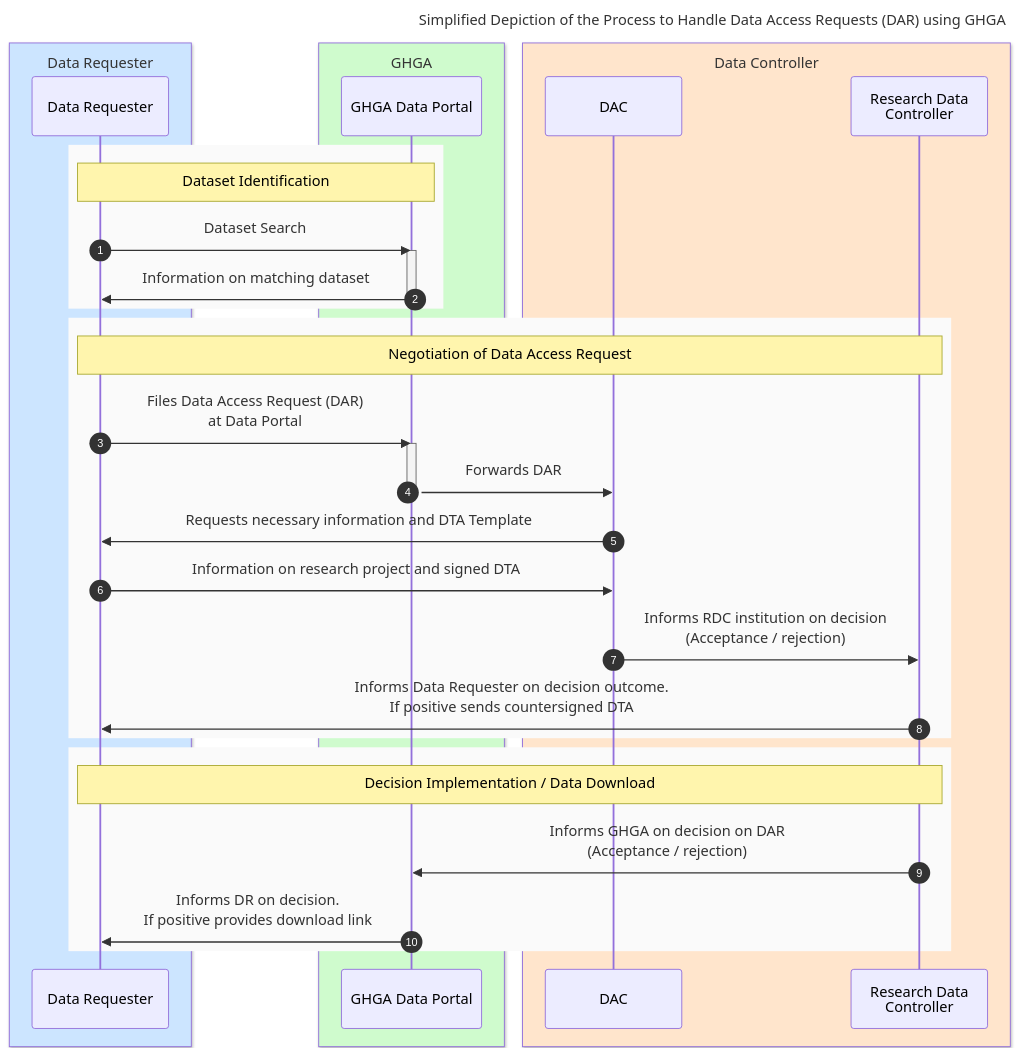
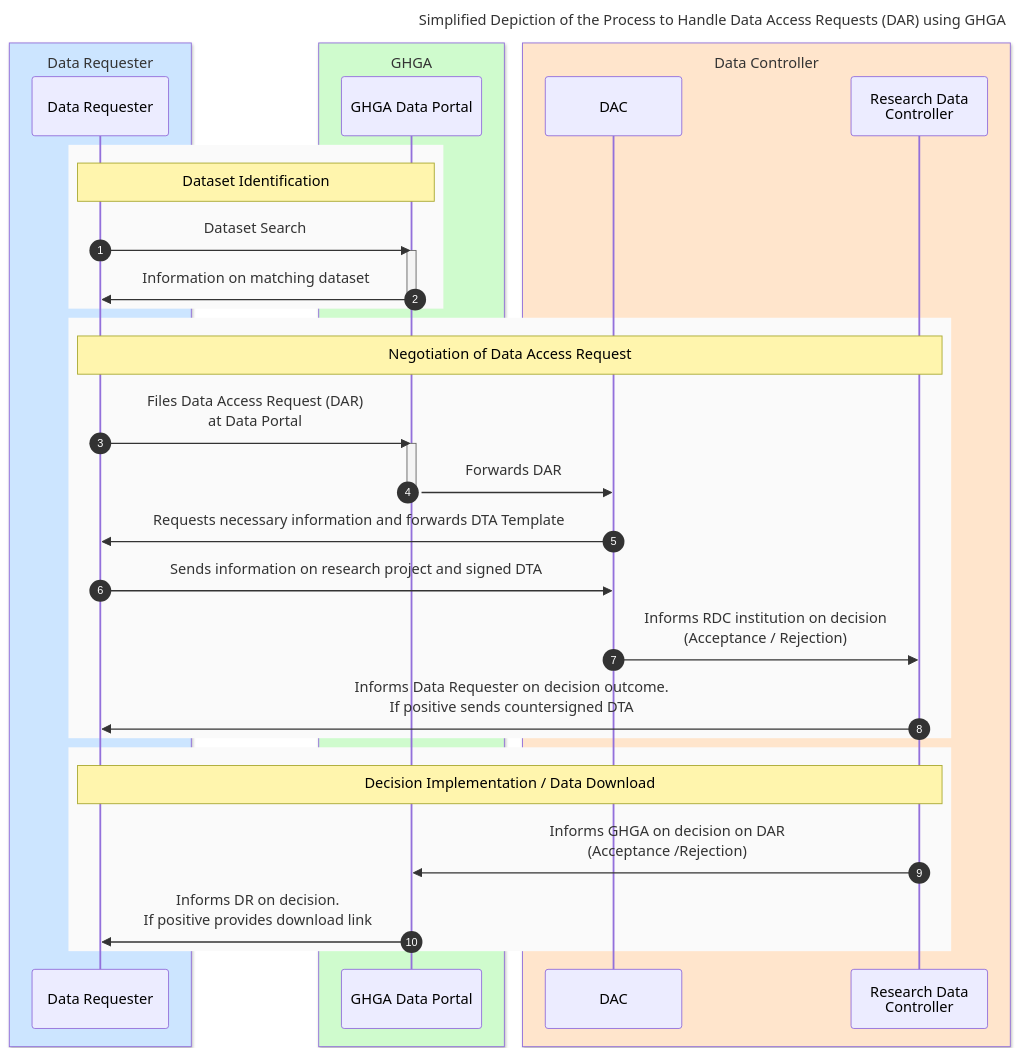
The diagram in user_docs/user_stories/dua-guideline.md (ghga-de/docs.ghga.de), drawn with Mermaid before and after one commit. The commit also changed other lines of this file and 1 other file, not shown here.

````diff
--- a/user_docs/user_stories/dua-guideline.md
+++ b/user_docs/user_stories/dua-guideline.md
@@ -23,38 +23,38 @@
 ``` mermaid
 sequenceDiagram
  title Simplified Depiction of the Process to Handle Data Access Requests (DAR) using GHGA
    box rgb(204, 229, 255) Data Requester
       participant DR as Data Requester
    end
    box rgb(207, 251, 205) GHGA
       participant GHGA as GHGA Data Portal
    end
    box rgb(255, 229, 204) Data Controller
       participant DAC
       participant RDC as Research Data<br/>Controller
    end
    autonumber
    rect rgb(250, 250, 250)
    note over DR, GHGA: Dataset Identification
    DR ->> GHGA : Dataset Search
    activate GHGA
    GHGA ->> DR : Information on matching dataset
    deactivate GHGA
    end
    rect rgb(250, 250, 250)
    note over DR, RDC: Negotiation of Data Access Request
    DR ->> GHGA : Files Data Access Request (DAR) <br/> at Data Portal
    activate GHGA
    GHGA ->> DAC : Forwards DAR
    deactivate GHGA
-   DAC ->> DR : Requests necessary information and DTA Template
-   DR ->> DAC : Information on research project and signed DTA
-   DAC ->> RDC : Informs RDC institution on decision <br/>(Acceptance / rejection)
+   DAC ->> DR : Requests necessary information and forwards DTA Template
+   DR ->> DAC : Sends information on research project and signed DTA
+   DAC ->> RDC : Informs RDC institution on decision <br/>(Acceptance / Rejection)
    RDC ->> DR : Informs Data Requester on decision outcome. <br/>If positive sends countersigned DTA
    end
    rect rgb(250, 250, 250)
    note over DR, RDC: Decision Implementation / Data Download
-   RDC ->> GHGA : Informs GHGA on decision on  DAR<br/> (Acceptance / rejection)
+   RDC ->> GHGA : Informs GHGA on decision on  DAR<br/> (Acceptance /Rejection)
    GHGA ->> DR : Informs DR on decision. <br/> If positive provides download link
    end
 ```
````
